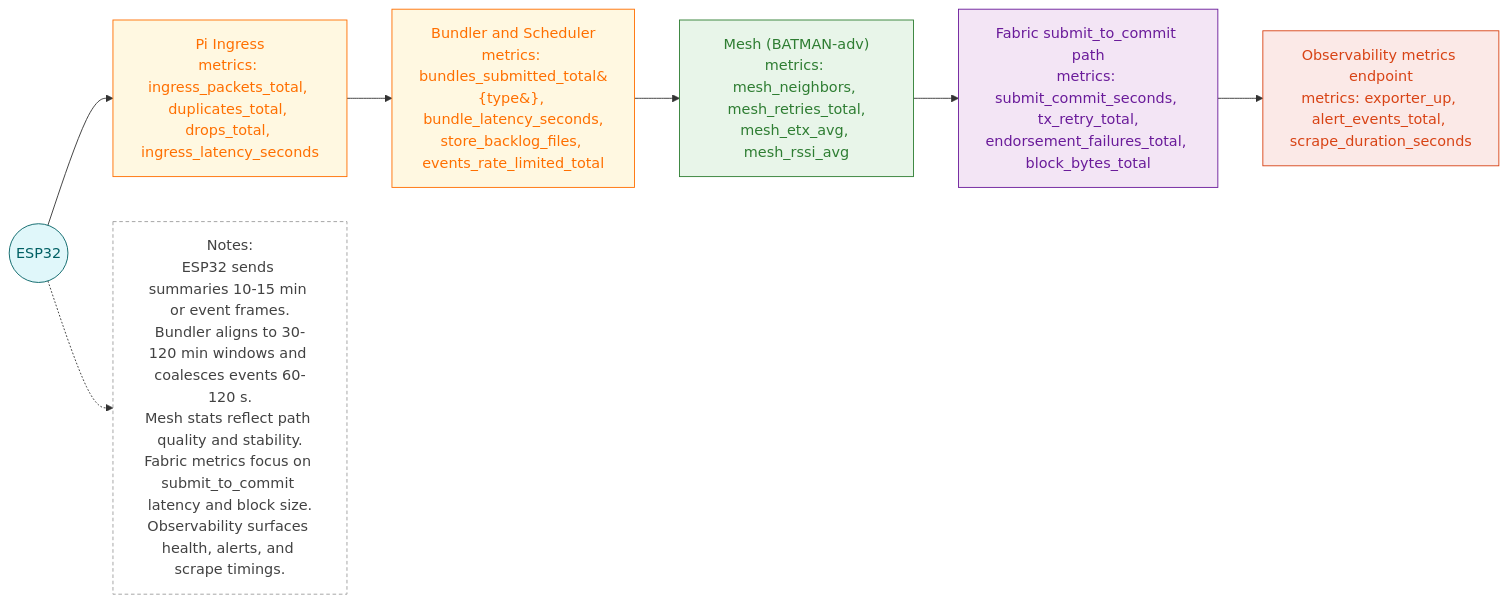
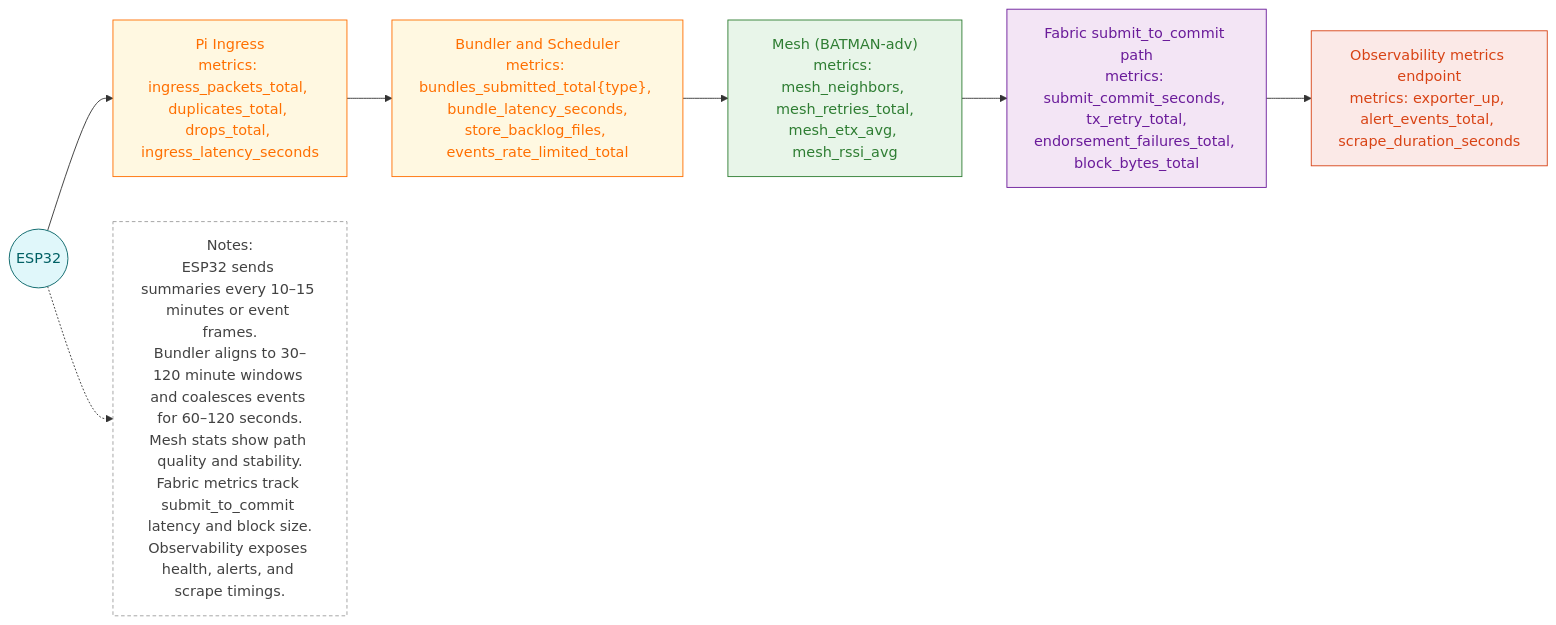
The first of 3 diagrams in mermaid diagram/fod.md (forchag/hyperledger), drawn with Mermaid before and after one commit. The commit also changed other lines of this file, not shown here.

Commit message:
refactor fod metrics doc

`````diff
--- a/mermaid diagram/fod.md
+++ b/mermaid diagram/fod.md
@@ -11,24 +11,24 @@
 ```mermaid
 flowchart LR
     %% Classes first (GitHub Mermaid prefers this order)
     classDef device fill:#e0f7fa,stroke:#006064,color:#006064;
     classDef pi fill:#fff8e1,stroke:#ff6f00,color:#ff6f00;
     classDef network fill:#e8f5e9,stroke:#2e7d32,color:#2e7d32;
     classDef fabric fill:#f3e5f5,stroke:#6a1b9a,color:#6a1b9a;
     classDef observability fill:#fbe9e7,stroke:#d84315,color:#d84315;
     classDef data fill:#ffffff,stroke:#9e9e9e,color:#424242,stroke-dasharray:4 3;
 
     ESP32((ESP32)):::device
     INGRESS["Pi Ingress\nmetrics: ingress_packets_total, duplicates_total, drops_total, ingress_latency_seconds"]:::pi
-    BUNDLER["Bundler and Scheduler\nmetrics: bundles_submitted_total&#123;type&#125;, bundle_latency_seconds,\nstore_backlog_files, events_rate_limited_total"]:::pi
+    BUNDLER["Bundler and Scheduler\nmetrics: bundles_submitted_total{type}, bundle_latency_seconds,\nstore_backlog_files, events_rate_limited_total"]:::pi
     MESH["Mesh (BATMAN-adv)\nmetrics: mesh_neighbors, mesh_retries_total,\nmesh_etx_avg, mesh_rssi_avg"]:::network
     FABRIC["Fabric submit_to_commit path\nmetrics: submit_commit_seconds, tx_retry_total,\nendorsement_failures_total, block_bytes_total"]:::fabric
     OBS["Observability metrics endpoint\nmetrics: exporter_up, alert_events_total, scrape_duration_seconds"]:::observability
 
     ESP32 --> INGRESS --> BUNDLER --> MESH --> FABRIC --> OBS
 
-    NOTEA["Notes:\nESP32 sends summaries 10-15 min or event frames.\nBundler aligns to 30-120 min windows and coalesces events 60-120 s.\nMesh stats reflect path quality and stability.\nFabric metrics focus on submit_to_commit latency and block size.\nObservability surfaces health, alerts, and scrape timings."]:::data
+    NOTEA["Notes:\nESP32 sends summaries every 10–15 minutes or event frames.\nBundler aligns to 30–120 minute windows and coalesces events for 60–120 seconds.\nMesh stats show path quality and stability.\nFabric metrics track submit_to_commit latency and block size.\nObservability exposes health, alerts, and scrape timings."]:::data
 
     ESP32 -.-> NOTEA
 
-````
+```
`````
